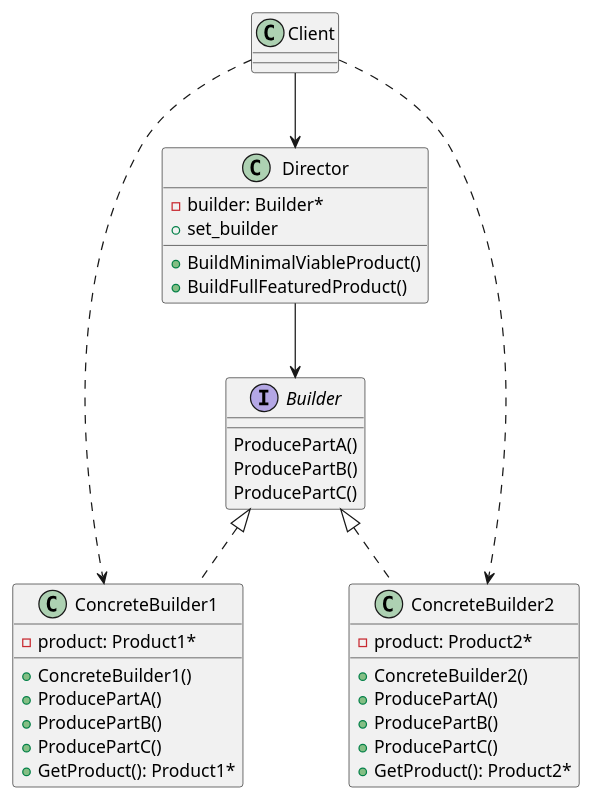
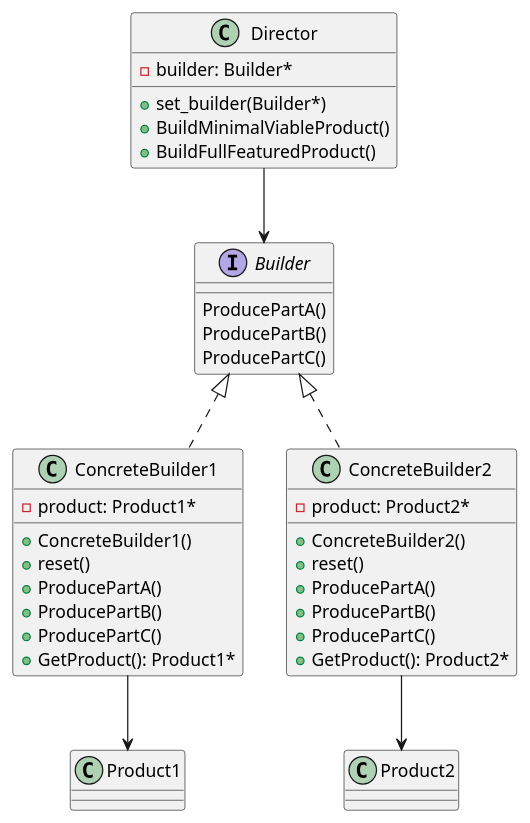
One commit to alphajayGithub/devDemos changed the diagram in dev_demo/designPattern/builder/builder.puml. Above: the diagram before and after it, drawn with PlantUML. The commit also changed 17 other files, not shown here.

```diff
--- a/dev_demo/designPattern/builder/builder.puml
+++ b/dev_demo/designPattern/builder/builder.puml
@@ -1,44 +1,48 @@
 @startuml
 
 Builder <|.. ConcreteBuilder1
 Builder <|.. ConcreteBuilder2
 
 interface Builder{
         ProducePartA()
         ProducePartB()
         ProducePartC()
 }
 
 class ConcreteBuilder1{
     - product: Product1*
     + ConcreteBuilder1()
+    + reset()
     + ProducePartA()
     + ProducePartB()
     + ProducePartC()
     + GetProduct(): Product1*
 }
 
 class ConcreteBuilder2{
     - product: Product2*
     + ConcreteBuilder2()
+    + reset()
     + ProducePartA()
     + ProducePartB()
     + ProducePartC()
     + GetProduct(): Product2*
 }
 
 Director --> Builder
 
-Client --> Director
-Client ..> ConcreteBuilder1
-Client ..> ConcreteBuilder2
+'Client --> Director
+'Client ..> ConcreteBuilder1
+'Client ..> ConcreteBuilder2
+ConcreteBuilder1  --> Product1
+ConcreteBuilder2  --> Product2
 
 class Director{
     - builder: Builder*
-    + set_builder
+    + set_builder(Builder*)
     + BuildMinimalViableProduct()
     + BuildFullFeaturedProduct()
 }
 
 
 @enduml
```
